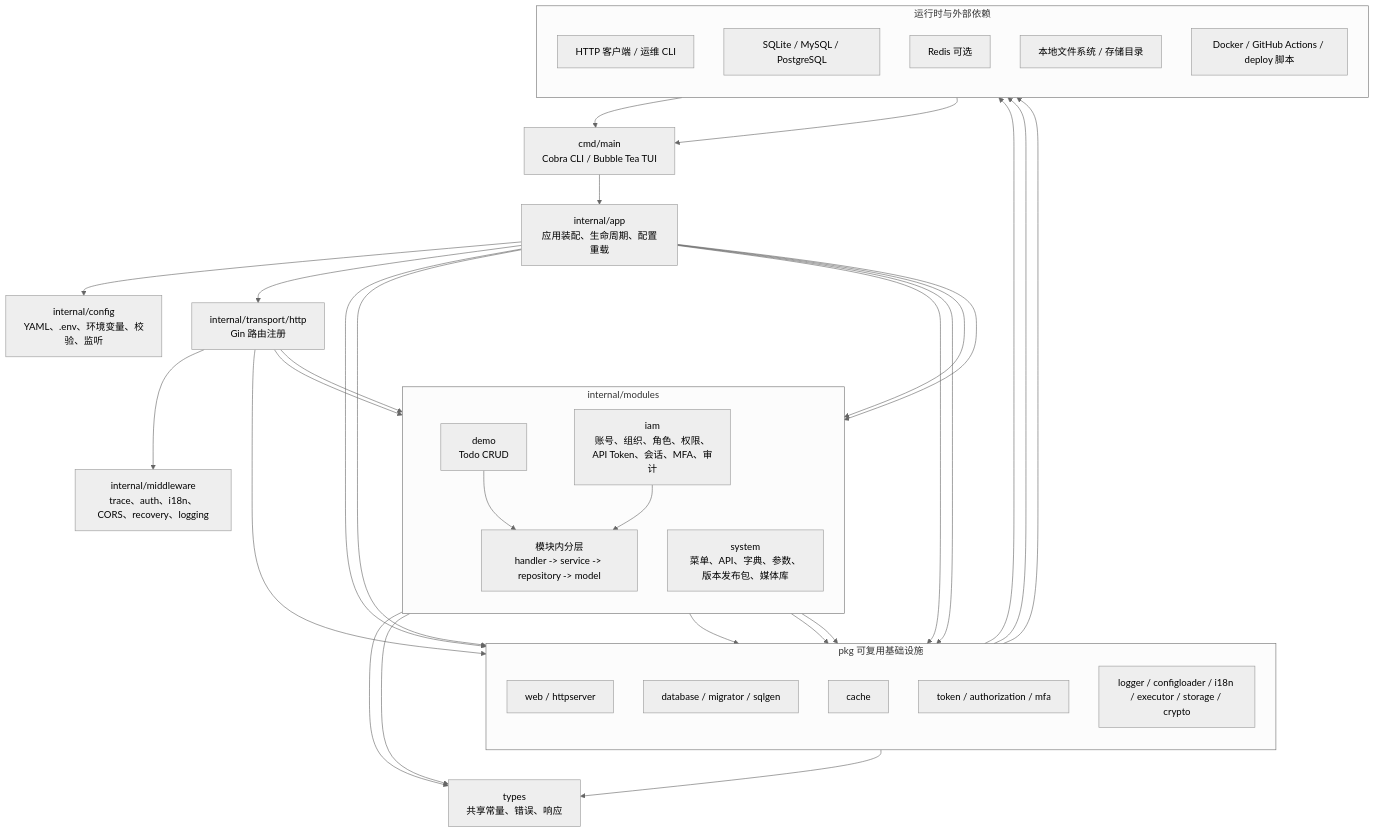
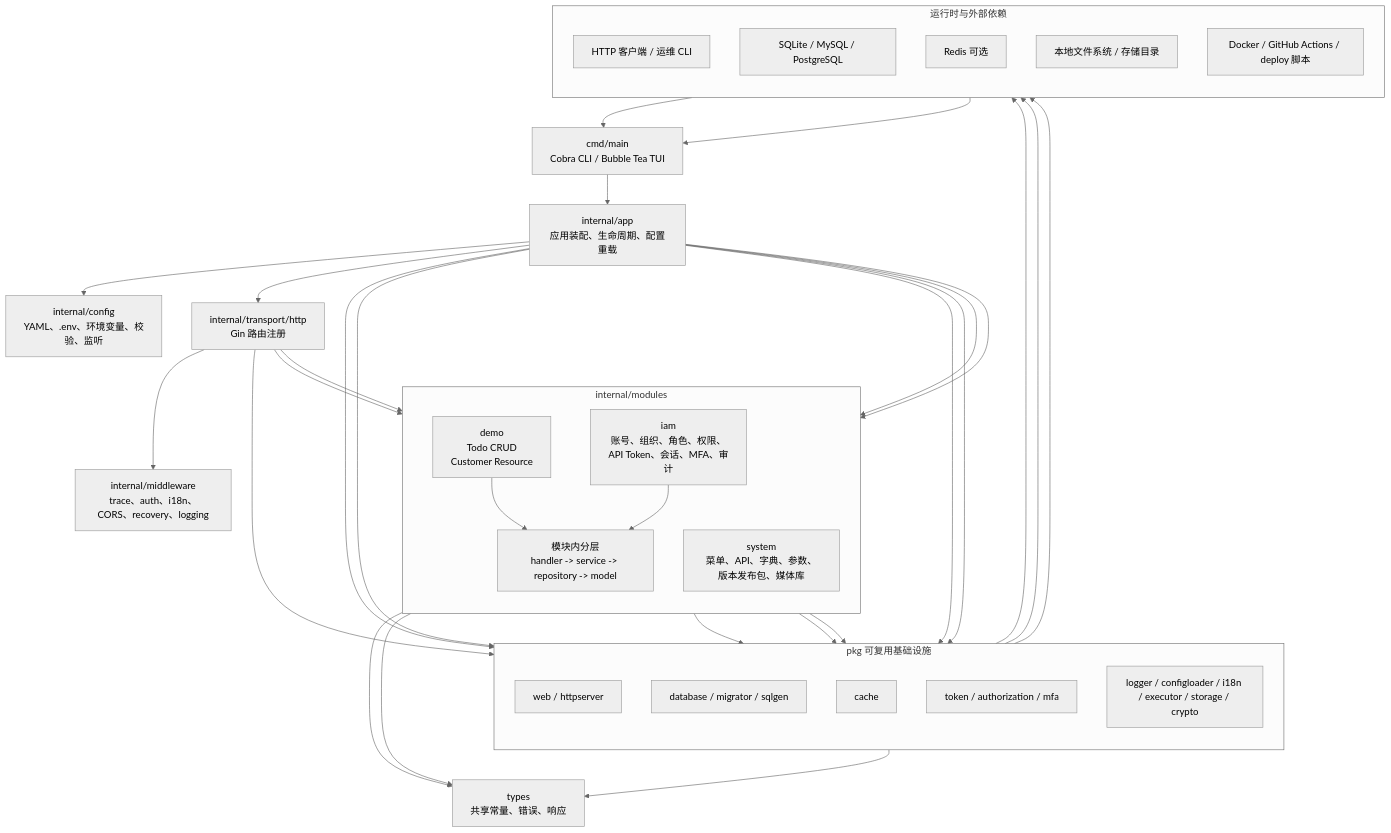
One commit to rin721/aoi-server changed the diagram in docs/README.md. Above: the diagram before and after it, drawn with Mermaid (neutral theme). The commit also changed other lines of this file and 56 other files, not shown here.

````diff
--- a/docs/README.md
+++ b/docs/README.md
@@ -48,62 +48,62 @@
 ```mermaid
 flowchart TB
   CLI["cmd/main<br/>Cobra CLI / Bubble Tea TUI"]
   App["internal/app<br/>应用装配、生命周期、配置重载"]
   Config["internal/config<br/>YAML、.env、环境变量、校验、监听"]
   HTTP["internal/transport/http<br/>Gin 路由注册"]
   Middleware["internal/middleware<br/>trace、auth、i18n、CORS、recovery、logging"]
   Types["types<br/>共享常量、错误、响应"]
 
   subgraph Modules["internal/modules"]
     direction TB
-    Demo["demo<br/>Todo CRUD"]
+    Demo["demo<br/>Todo CRUD<br/>Customer Resource"]
     IAM["iam<br/>账号、组织、角色、权限、API Token、会话、MFA、审计"]
     System["system<br/>菜单、API、字典、参数、版本发布包、媒体库"]
     ModuleShape["模块内分层<br/>handler -> service -> repository -> model"]
   end
 
   subgraph Packages["pkg 可复用基础设施"]
     direction TB
     Web["web / httpserver"]
     DB["database / migrator / sqlgen"]
     Cache["cache"]
     Auth["token / authorization / mfa"]
     Infra["logger / configloader / i18n / executor / storage / crypto"]
   end
 
   subgraph Runtime["运行时与外部依赖"]
     direction TB
     Client["HTTP 客户端 / 运维 CLI"]
     Store["SQLite / MySQL / PostgreSQL"]
     Redis["Redis 可选"]
     Files["本地文件系统 / 存储目录"]
     Deploy["Docker / GitHub Actions / deploy 脚本"]
   end
 
   Client --> CLI
   CLI --> App
   App --> Config
   App --> Web
   App --> DB
   App --> Cache
   App --> Infra
   App --> Demo
   App --> IAM
   App --> HTTP
   HTTP --> Middleware
   HTTP --> Demo
   HTTP --> IAM
   Demo --> ModuleShape
   IAM --> ModuleShape
   ModuleShape --> DB
   IAM --> Auth
   IAM --> Cache
   HTTP --> Web
   Demo --> Types
   IAM --> Types
   Web --> Types
   DB --> Store
   Cache --> Redis
   Infra --> Files
   Deploy --> CLI
 ```
````
